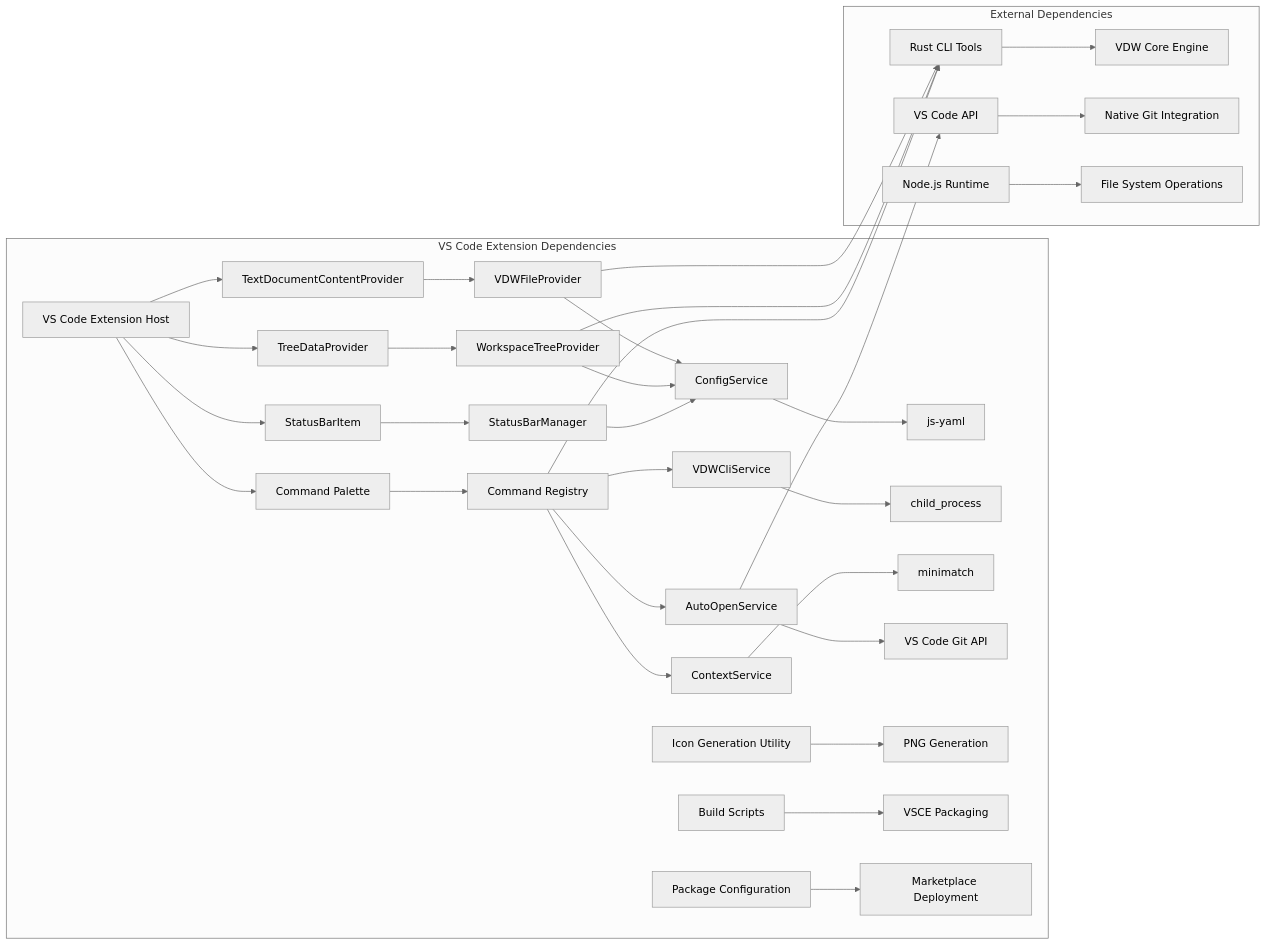
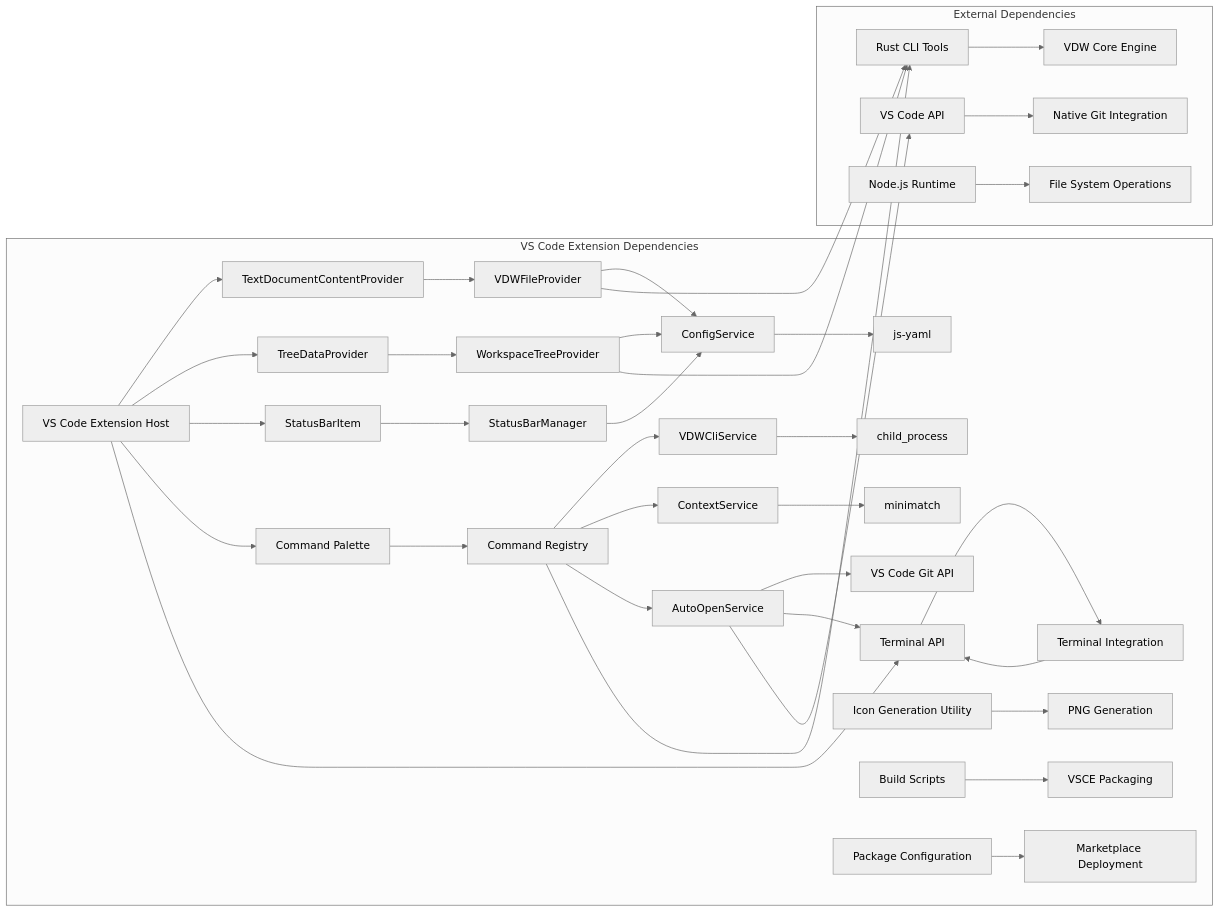
Before and after one commit to HWH-2019/vdw: the sixth of 6 diagrams in .qoder/repowiki/en/content/Core Features Documentation/VS Code Plugin Bridge & IDE Integration.md, drawn with Mermaid (neutral theme). The commit also changed other lines of this file and 13 other files, not shown here.

````diff
--- a/.qoder/repowiki/en/content/Core Features Documentation/VS Code Plugin Bridge & IDE Integration.md
+++ b/.qoder/repowiki/en/content/Core Features Documentation/VS Code Plugin Bridge & IDE Integration.md
@@ -706,35 +801,39 @@
 ```mermaid
 graph LR
 subgraph "VS Code Extension Dependencies"
 A[VS Code Extension Host] --> B[TextDocumentContentProvider]
 A --> C[TreeDataProvider]
 A --> D[StatusBarItem]
 A --> E[Command Palette]
-B --> F[VDWFileProvider]
-C --> G[WorkspaceTreeProvider]
-D --> H[StatusBarManager]
-E --> I[Command Registry]
-F --> J[ConfigService]
-G --> J
-H --> J
-I --> K[VDWCliService]
-I --> L[ContextService]
-I --> M[AutoOpenService]
-J --> N[js-yaml]
-K --> O[child_process]
-L --> P[minimatch]
-M --> Q[VS Code Git API]
-R[Icon Generation Utility] --> S[PNG Generation]
-T[Build Scripts] --> U[VSCE Packaging]
-V[Package Configuration] --> W[Marketplace Deployment]
+A --> FF[Terminal API]
+B --> G[VDWFileProvider]
+C --> H[WorkspaceTreeProvider]
+D --> I[StatusBarManager]
+E --> J[Command Registry]
+FF --> JJ[Terminal Integration]
+G --> K[ConfigService]
+H --> K
+I --> K
+J --> L[VDWCliService]
+J --> M[ContextService]
+J --> N[AutoOpenService]
+K --> O[js-yaml]
+L --> P[child_process]
+M --> Q[minimatch]
+N --> R[VS Code Git API]
+N --> FF
+S[Icon Generation Utility] --> T[PNG Generation]
+U[Build Scripts] --> V[VSCE Packaging]
+W[Package Configuration] --> X[Marketplace Deployment]
 end
 subgraph "External Dependencies"
-X[Rust CLI Tools] --> Y[VDW Core Engine]
-Z[VS Code API] --> AA[Native Git Integration]
-BB[Node.js Runtime] --> CC[File System Operations]
+Y[Rust CLI Tools] --> Z[VDW Core Engine]
+AA[VS Code API] --> BB[Native Git Integration]
+CC[Node.js Runtime] --> DD[File System Operations]
 end
-F --> X
-G --> X
-I --> X
-M --> Z
+G --> Y
+H --> Y
+J --> Y
+N --> AA
+JJ --> FF
 ```
````
